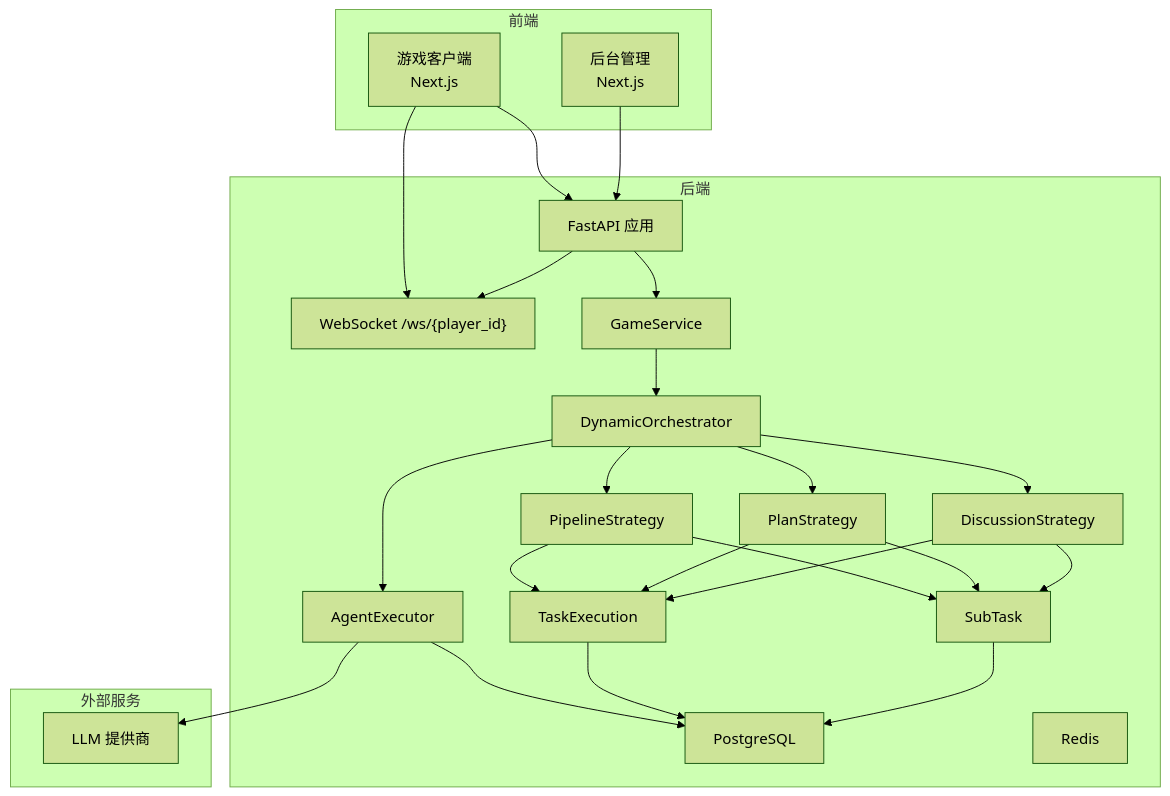
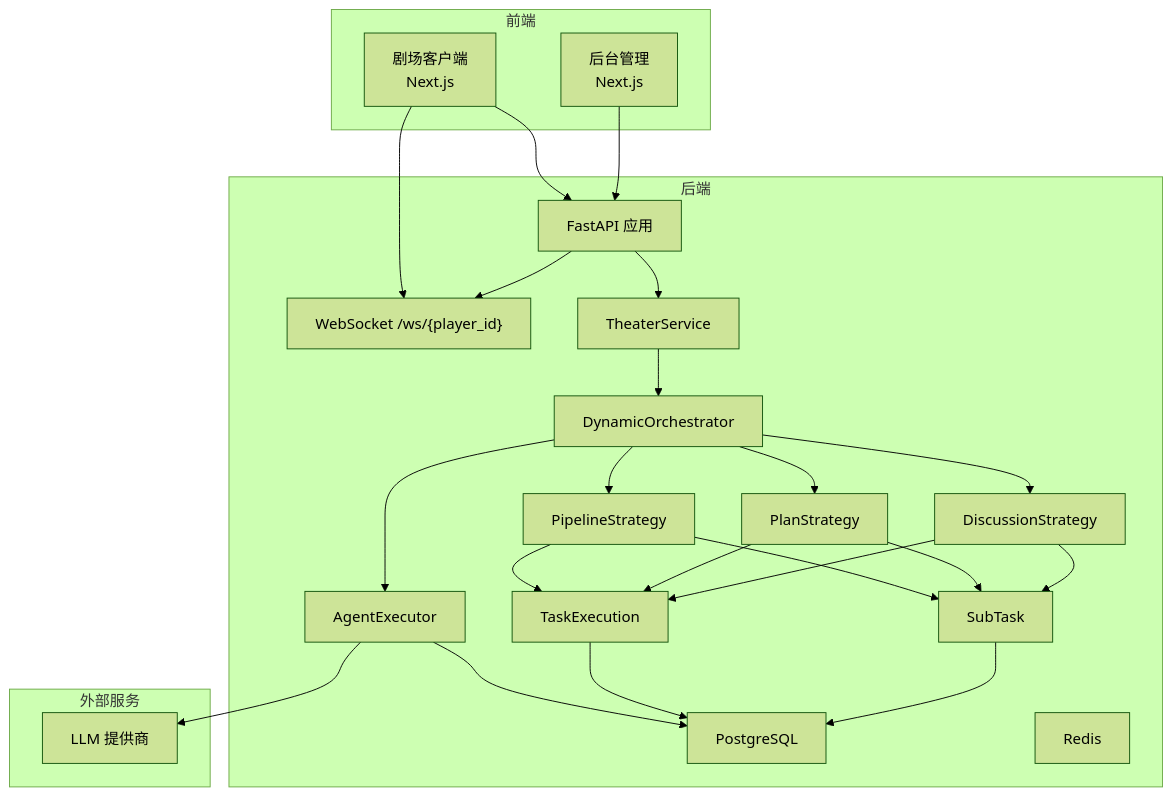
Before and after one commit to KunLabAI/KunFlix: the second of 9 diagrams in .qoder/repowiki/zh/content/多智能体叙事引擎/智能体协作机制.md, drawn with Mermaid (forest theme). The commit also changed other lines of this file and 112 other files, not shown here.

````diff
--- a/.qoder/repowiki/zh/content/多智能体叙事引擎/智能体协作机制.md
+++ b/.qoder/repowiki/zh/content/多智能体叙事引擎/智能体协作机制.md
@@ -105,44 +105,44 @@
 ```mermaid
 graph TB
 subgraph "前端"
-UI["游戏客户端<br/>Next.js"]
+UI["剧场客户端<br/>Next.js"]
 ADM["后台管理<br/>Next.js"]
 end
 subgraph "后端"
 API["FastAPI 应用"]
 WS["WebSocket /ws/{player_id}"]
-SVC["GameService"]
+SVC["TheaterService"]
 DORCH["DynamicOrchestrator"]
 AEXEC["AgentExecutor"]
 PIPE["PipelineStrategy"]
 PLAN["PlanStrategy"]
 DISCUSS["DiscussionStrategy"]
 TASK["TaskExecution"]
 SUBTASK["SubTask"]
 DB["PostgreSQL"]
 REDIS["Redis"]
 end
 subgraph "外部服务"
 LLM["LLM 提供商"]
 end
 UI --> API
 UI --> WS
 ADM --> API
 API --> SVC
 API --> WS
 SVC --> DORCH
 DORCH --> AEXEC
 DORCH --> PIPE
 DORCH --> PLAN
 DORCH --> DISCUSS
 PIPE --> TASK
 PIPE --> SUBTASK
 PLAN --> TASK
 PLAN --> SUBTASK
 DISCUSS --> TASK
 DISCUSS --> SUBTASK
 AEXEC --> LLM
 AEXEC --> DB
 TASK --> DB
 SUBTASK --> DB
 ```
````
